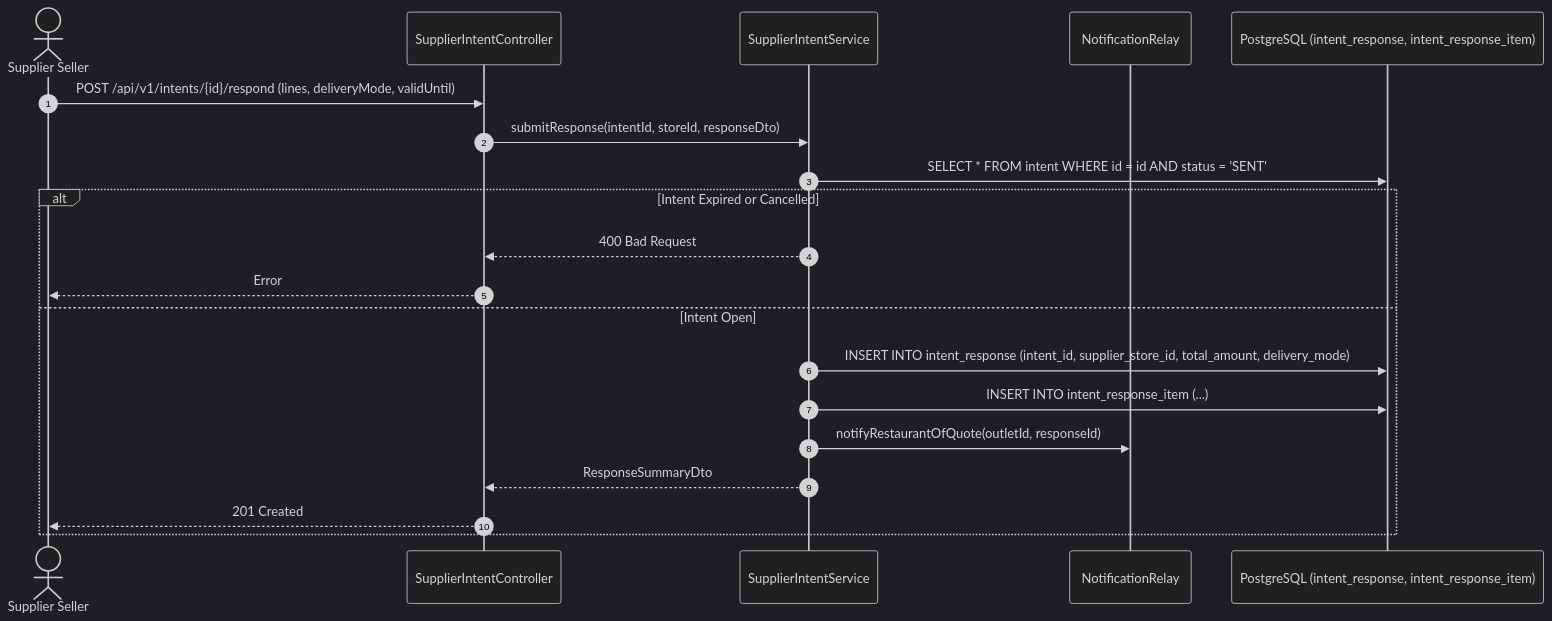
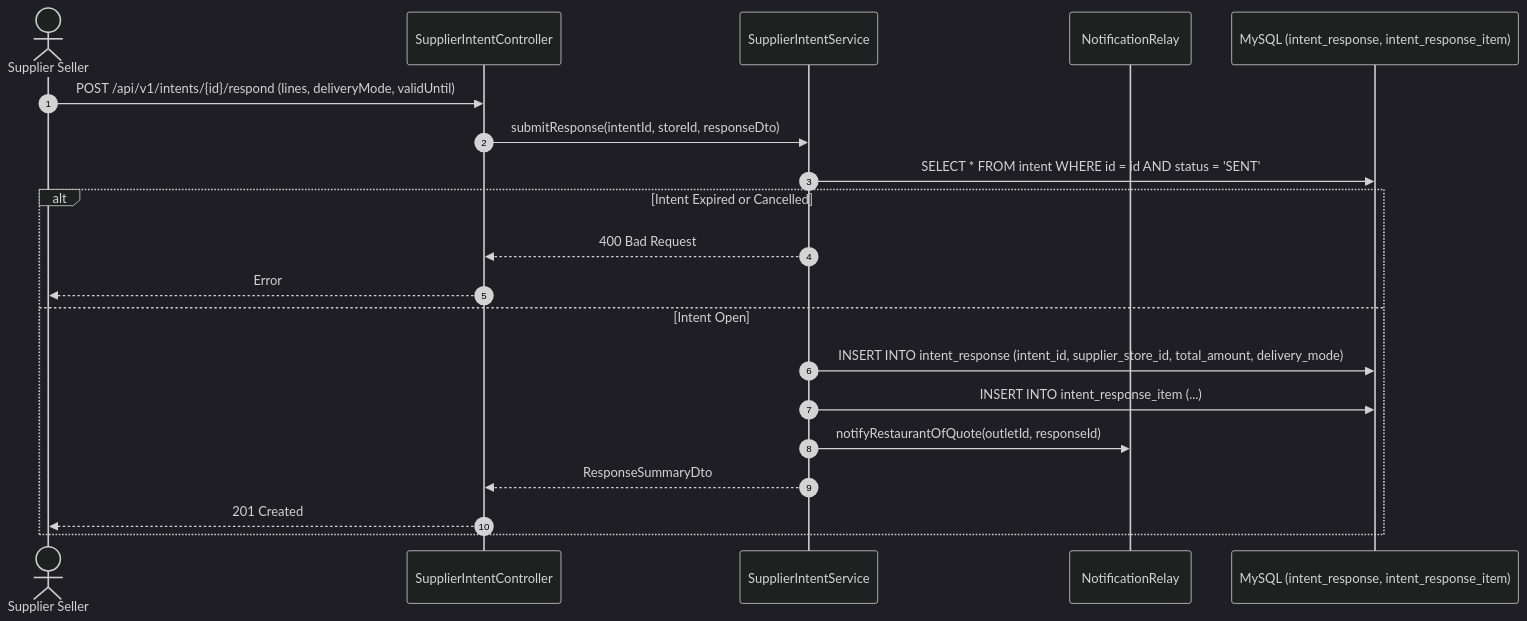
Before and after one commit to narasimha-reddy/costonomy-mp-api: the second of 7 diagrams in docs/architecture/sequence-diagrams/03-intent-and-procurement.md, drawn with Mermaid (dark theme). The commit also changed other lines of this file and 19 other files, not shown here.

First line of the commit message:
docs(delivery): current state, diagrams, decisions D-204 to D-207, changelog and traceability

````diff
--- a/docs/architecture/sequence-diagrams/03-intent-and-procurement.md
+++ b/docs/architecture/sequence-diagrams/03-intent-and-procurement.md
@@ -39,23 +39,23 @@
 ```mermaid
 sequenceDiagram
     autonumber
     actor Supplier as Supplier Seller
     participant SIC as SupplierIntentController
     participant SIS as SupplierIntentService
     participant NR as NotificationRelay
-    participant DB as PostgreSQL (intent_response, intent_response_item)
+    participant DB as MySQL (intent_response, intent_response_item)
 
     Supplier->>SIC: POST /api/v1/intents/{id}/respond (lines, deliveryMode, validUntil)
     SIC->>SIS: submitResponse(intentId, storeId, responseDto)
     SIS->>DB: SELECT * FROM intent WHERE id = id AND status = 'SENT'
     alt Intent Expired or Cancelled
         SIS-->>SIC: 400 Bad Request
         SIC-->>Supplier: Error
     else Intent Open
         SIS->>DB: INSERT INTO intent_response (intent_id, supplier_store_id, total_amount, delivery_mode)
         SIS->>DB: INSERT INTO intent_response_item (...)
         SIS->>NR: notifyRestaurantOfQuote(outletId, responseId)
         SIS-->>SIC: ResponseSummaryDto
         SIC-->>Supplier: 201 Created
     end
 ```
````
